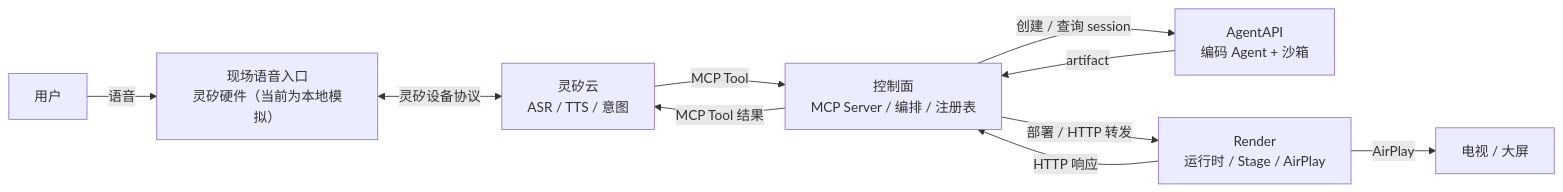
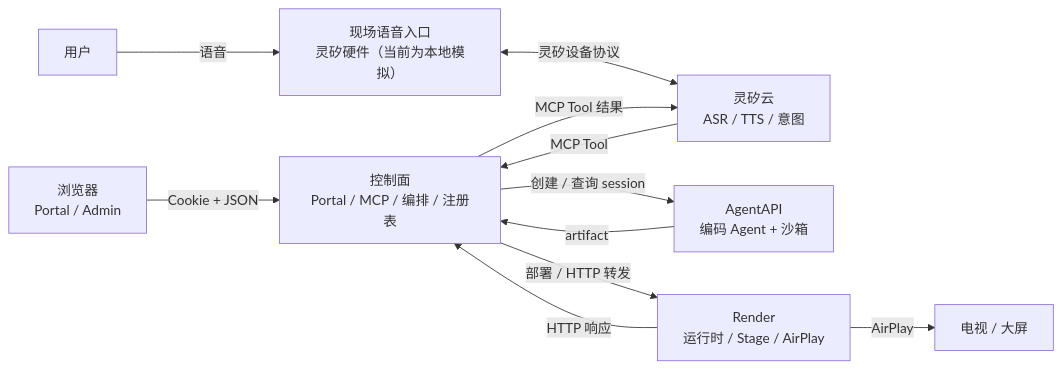
Before and after one commit to open-anywhere/open-anywhere: the first of 2 diagrams in docs/architecture.md, drawn with Mermaid. The commit also changed other lines of this file and 129 other files, not shown here.

````diff
--- a/docs/architecture.md
+++ b/docs/architecture.md
@@ -71,12 +84,13 @@
 ```mermaid
 flowchart LR
+  B["浏览器<br/>Portal / Admin"] -->|Cookie + JSON| C
   U["用户"] -->|语音| V["现场语音入口<br/>灵矽硬件（当前为本地模拟）"]
   V <-->|灵矽设备协议| L["灵矽云<br/>ASR / TTS / 意图"]
-  L -->|MCP Tool| C["控制面<br/>MCP Server / 编排 / 注册表"]
+  L -->|MCP Tool| C["控制面<br/>Portal / MCP / 编排 / 注册表"]
   C -->|创建 / 查询 session| A["AgentAPI<br/>编码 Agent + 沙箱"]
   A -->|artifact| C
   C -->|部署 / HTTP 转发| R["Render<br/>运行时 / Stage / AirPlay"]
   R -->|HTTP 响应| C
   C -->|MCP Tool 结果| L
   R -->|AirPlay| T["电视 / 大屏"]
 ```
````
